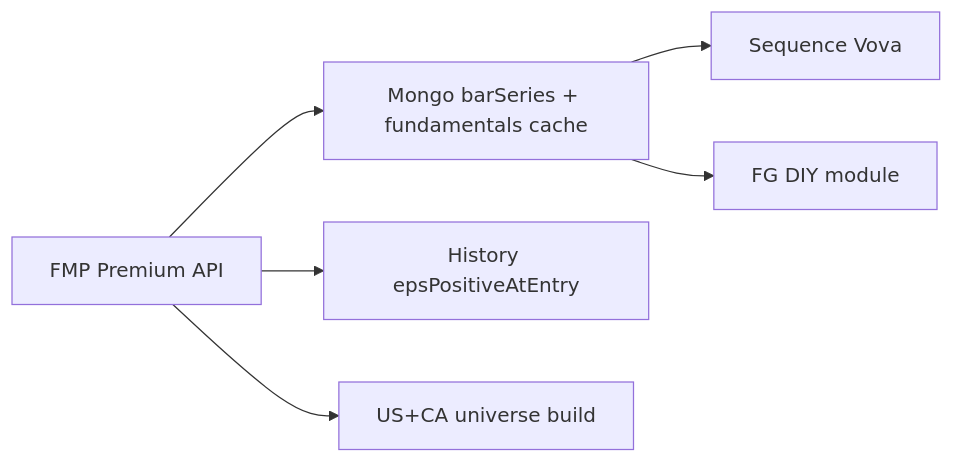
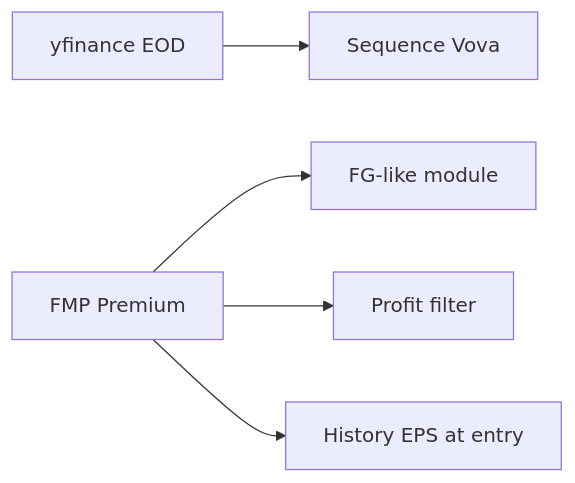
The diagram in docs/plans/fmp-full-migration-plan.md (vladimirsk1234/vova-screener), drawn with Mermaid before and after one commit. The commit also changed other lines of this file and 26 other files, not shown here.

````diff
--- a/docs/plans/fmp-full-migration-plan.md
+++ b/docs/plans/fmp-full-migration-plan.md
@@ -139,14 +138,13 @@
 ```mermaid
 flowchart LR
-  FMP[FMP Premium API]
-  Cache[Mongo barSeries + fundamentals cache]
-  Engine[Sequence Vova]
-  FG[FG DIY module]
-  Hist[History epsPositiveAtEntry]
-  Univ[US+CA universe build]
-  FMP --> Cache
-  Cache --> Engine
-  Cache --> FG
+  Yahoo[yfinance EOD]
+  FMP[FMP Premium]
+  TA[Sequence Vova]
+  FG[FG-like module]
+  Filter[Profit filter]
+  Hist[History EPS at entry]
+  Yahoo --> TA
+  FMP --> FG
+  FMP --> Filter
   FMP --> Hist
-  FMP --> Univ
 ```
````
